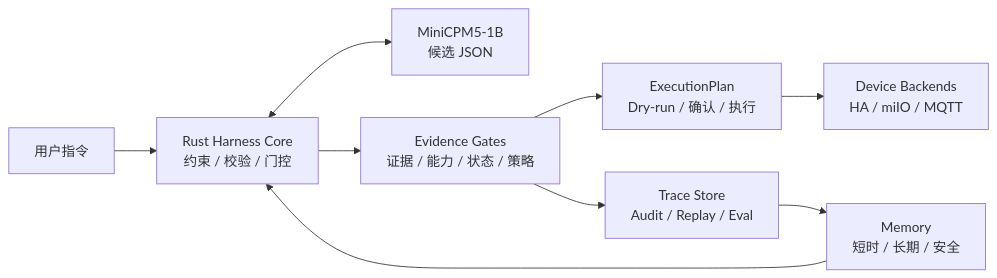
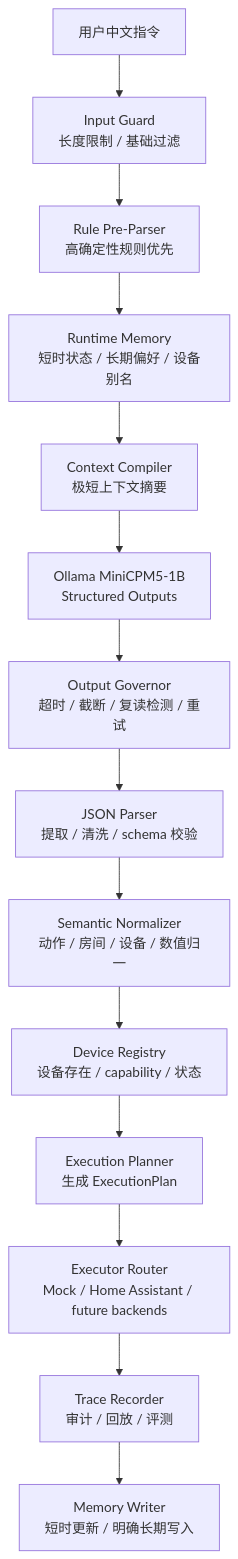
One commit to yushui2022/EdgeHome-Harness changed the diagram in README.md. Above: the diagram before and after it, drawn with Mermaid. The commit also changed other lines of this file and 8 other files, not shown here.

Commit message:
docs: reframe harness architecture v2

````diff
--- a/README.md
+++ b/README.md
@@ -47,11 +89,16 @@
 ```mermaid
-flowchart LR
-  Input["用户指令"] --> Harness["Rust Harness Core\n约束 / 校验 / 门控"]
-  Harness <--> Model["MiniCPM5-1B\n候选 JSON"]
-  Harness --> Gates["Evidence Gates\n证据 / 能力 / 状态 / 策略"]
-  Gates --> Plan["ExecutionPlan\nDry-run / 确认 / 执行"]
-  Plan --> Backends["Device Backends\nHA / miIO / MQTT"]
-  Gates --> Trace["Trace Store\nAudit / Replay / Eval"]
-  Trace --> Memory["Memory\n短时 / 长期 / 安全"]
-  Memory --> Harness
+flowchart TD
+    A["用户中文指令"] --> B["Input Guard<br/>长度限制 / 基础过滤"]
+    B --> C["Rule Pre-Parser<br/>高确定性规则优先"]
+    C --> D["Runtime Memory<br/>短时状态 / 长期偏好 / 设备别名"]
+    D --> E["Context Compiler<br/>极短上下文摘要"]
+    E --> F["Ollama MiniCPM5-1B<br/>Structured Outputs"]
+    F --> G["Output Governor<br/>超时 / 截断 / 复读检测 / 重试"]
+    G --> H["JSON Parser<br/>提取 / 清洗 / schema 校验"]
+    H --> I["Semantic Normalizer<br/>动作 / 房间 / 设备 / 数值归一"]
+    I --> J["Device Registry<br/>设备存在 / capability / 状态"]
+    J --> K["Execution Planner<br/>生成 ExecutionPlan"]
+    K --> L["Executor Router<br/>Mock / Home Assistant / future backends"]
+    L --> M["Trace Recorder<br/>审计 / 回放 / 评测"]
+    M --> N["Memory Writer<br/>短时更新 / 明确长期写入"]
 ```
````
